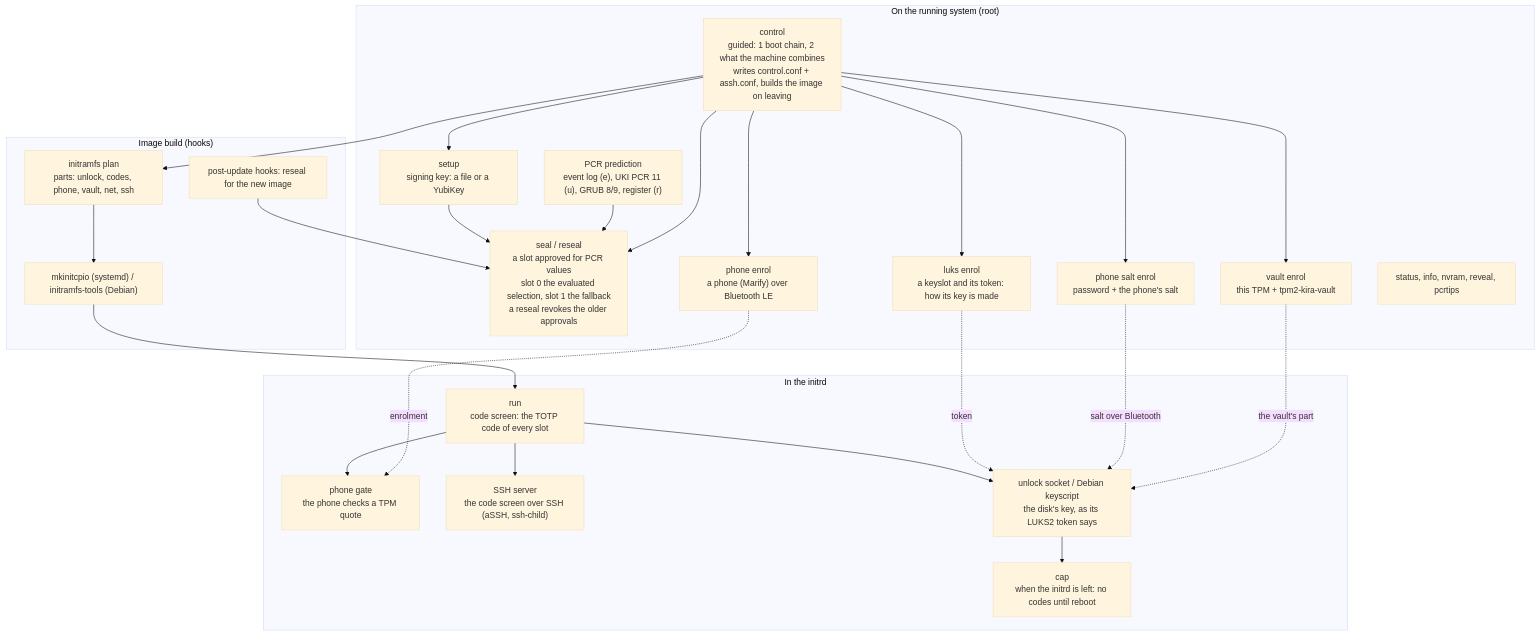
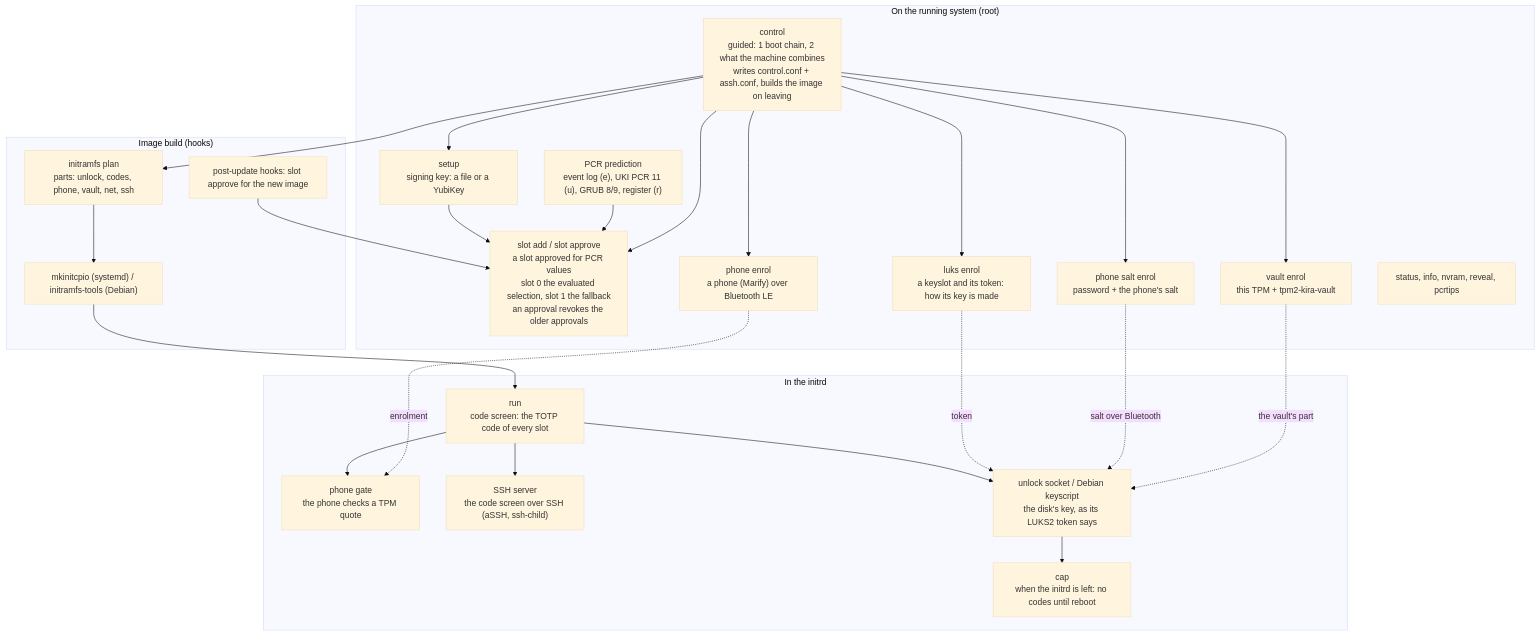
Before and after one commit to mrwiora/tpm2-kira: the first of 2 diagrams in README.md, drawn with Mermaid (base theme). The commit also changed other lines of this file and 82 other files, not shown here.

````diff
--- a/README.md
+++ b/README.md
@@ -50,43 +50,43 @@
 ```mermaid
 flowchart TB
   subgraph SETUP["On the running system (root)"]
     CTRL["control<br/>guided: 1 boot chain, 2 what the machine combines<br/>writes control.conf + assh.conf, builds the image on leaving"]
     KEY["setup<br/>signing key: a file or a YubiKey"]
-    SEAL["seal / reseal<br/>a slot approved for PCR values<br/>slot 0 the evaluated selection, slot 1 the fallback<br/>a reseal revokes the older approvals"]
+    SEAL["slot add / slot approve<br/>a slot approved for PCR values<br/>slot 0 the evaluated selection, slot 1 the fallback<br/>an approval revokes the older approvals"]
     PCR["PCR prediction<br/>event log (e), UKI PCR 11 (u), GRUB 8/9, register (r)"]
     PHONE["phone enrol<br/>a phone (Marify) over Bluetooth LE"]
     LUKS["luks enrol<br/>a keyslot and its token: how its key is made"]
     SALT["phone salt enrol<br/>password + the phone's salt"]
     VAULT["vault enrol<br/>this TPM + tpm2-kira-vault"]
     INSPECT["status, info, nvram, reveal, pcrtips"]
   end
 
   subgraph BUILD["Image build (hooks)"]
     PLAN["initramfs plan<br/>parts: unlock, codes, phone, vault, net, ssh"]
     HOOKS["mkinitcpio (systemd) / initramfs-tools (Debian)"]
-    POST["post-update hooks: reseal for the new image"]
+    POST["post-update hooks: slot approve for the new image"]
   end
 
   subgraph BOOT["In the initrd"]
     RUN["run<br/>code screen: the TOTP code of every slot"]
     ATT["phone gate<br/>the phone checks a TPM quote"]
     SSH["SSH server<br/>the code screen over SSH (aSSH, ssh-child)"]
     UNLOCK["unlock socket / Debian keyscript<br/>the disk's key, as its LUKS2 token says"]
     CAP["cap<br/>when the initrd is left: no codes until reboot"]
   end
 
   KEY --> SEAL
   PCR --> SEAL
   CTRL --> KEY & SEAL & PHONE & LUKS & SALT & VAULT
   CTRL --> PLAN --> HOOKS
   POST --> SEAL
   HOOKS --> RUN
   RUN --> ATT
   RUN --> SSH
   RUN --> UNLOCK
   LUKS -. token .-> UNLOCK
   SALT -. salt over Bluetooth .-> UNLOCK
   VAULT -. the vault's part .-> UNLOCK
   PHONE -. enrolment .-> ATT
   UNLOCK --> CAP
 ```
````
